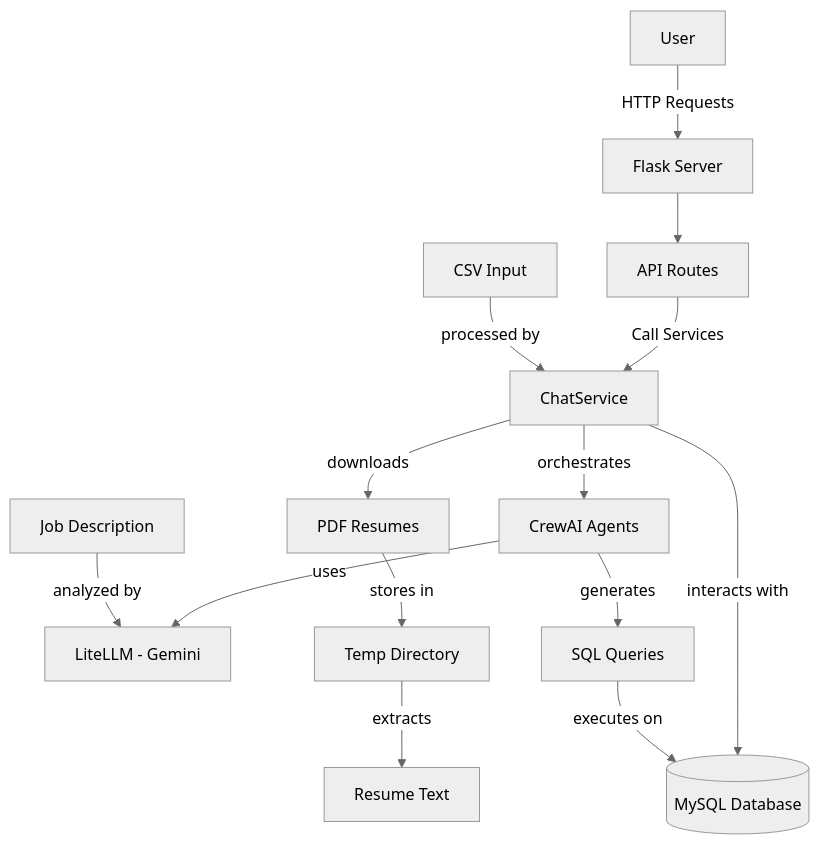
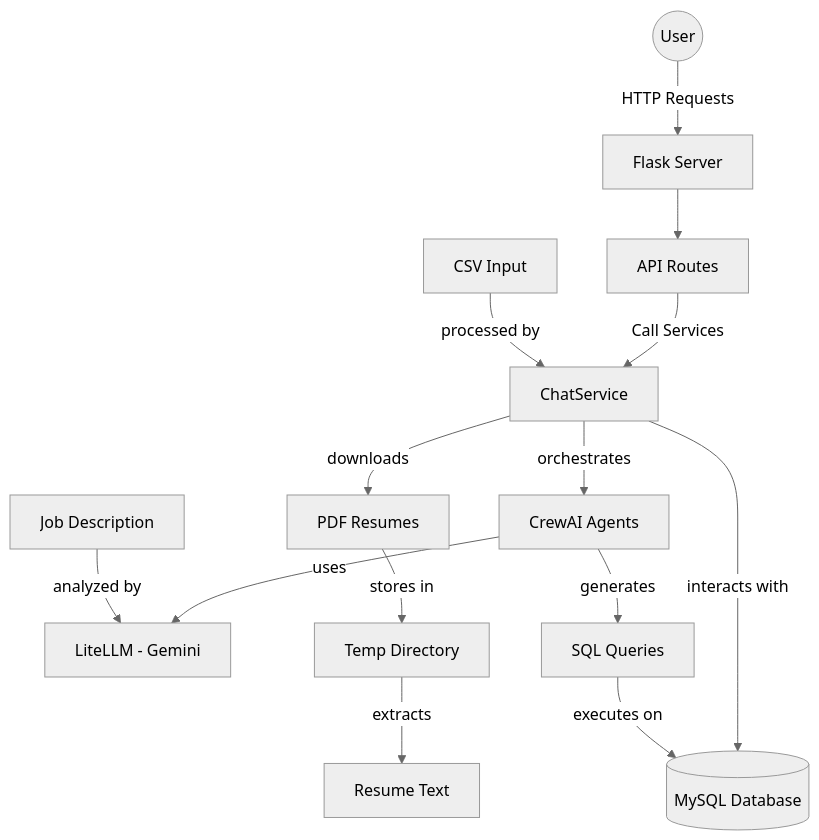
One commit to mansidw/100xbuildathon-2.0 changed the diagram in server/README.md. Above: the diagram before and after it, drawn with Mermaid (neutral theme).

Commit message:
readme fix

````diff
--- a/server/README.md
+++ b/server/README.md
@@ -62,21 +62,21 @@
 ```mermaid
-graph TD
-    User[User] -->|HTTP Requests| FlaskApp[Flask Server]
+flowchart TD
+    User((User)) -->|HTTP Requests| FlaskApp[Flask Server]
     FlaskApp --> ChatRoutes[API Routes]
     
     ChatRoutes -->|Call Services| ChatService[ChatService]
     
     ChatService -->|orchestrates| CrewAI[CrewAI Agents]
     CrewAI -->|uses| LiteLLM[LiteLLM - Gemini]
     
     ChatService -->|downloads| PDFs[PDF Resumes]
     PDFs -->|stores in| TempDir[Temp Directory]
     TempDir -->|extracts| ResumeText[Resume Text]
     
     ChatService -->|interacts with| MySQL[(MySQL Database)]
     CrewAI -->|generates| SQL[SQL Queries]
     SQL -->|executes on| MySQL
     
     CSV[CSV Input] -->|processed by| ChatService
     JD[Job Description] -->|analyzed by| LiteLLM
 ```
````
